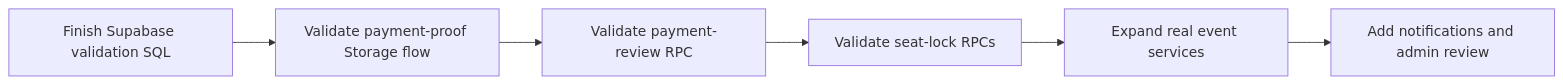
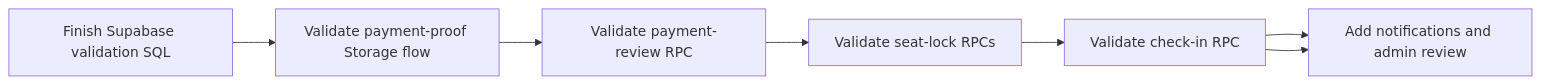
The fourth of 4 diagrams in docs/project-architecture-brief-v0.1.md (moirakk/GatherUp), drawn with Mermaid before and after one commit. The commit also changed other lines of this file and 8 other files, not shown here.

Commit message:
Add audited check-in RPC

````diff
--- a/docs/project-architecture-brief-v0.1.md
+++ b/docs/project-architecture-brief-v0.1.md
@@ -230,8 +234,9 @@
 ```mermaid
 flowchart LR
   A["Finish Supabase validation SQL"] --> B["Validate payment-proof Storage flow"]
   B --> C["Validate payment-review RPC"]
   C --> D["Validate seat-lock RPCs"]
-  D --> E["Expand real event services"]
+  D --> E["Validate check-in RPC"]
+  E --> F["Expand real event services"]
   E --> F["Add notifications and admin review"]
 ```
````
